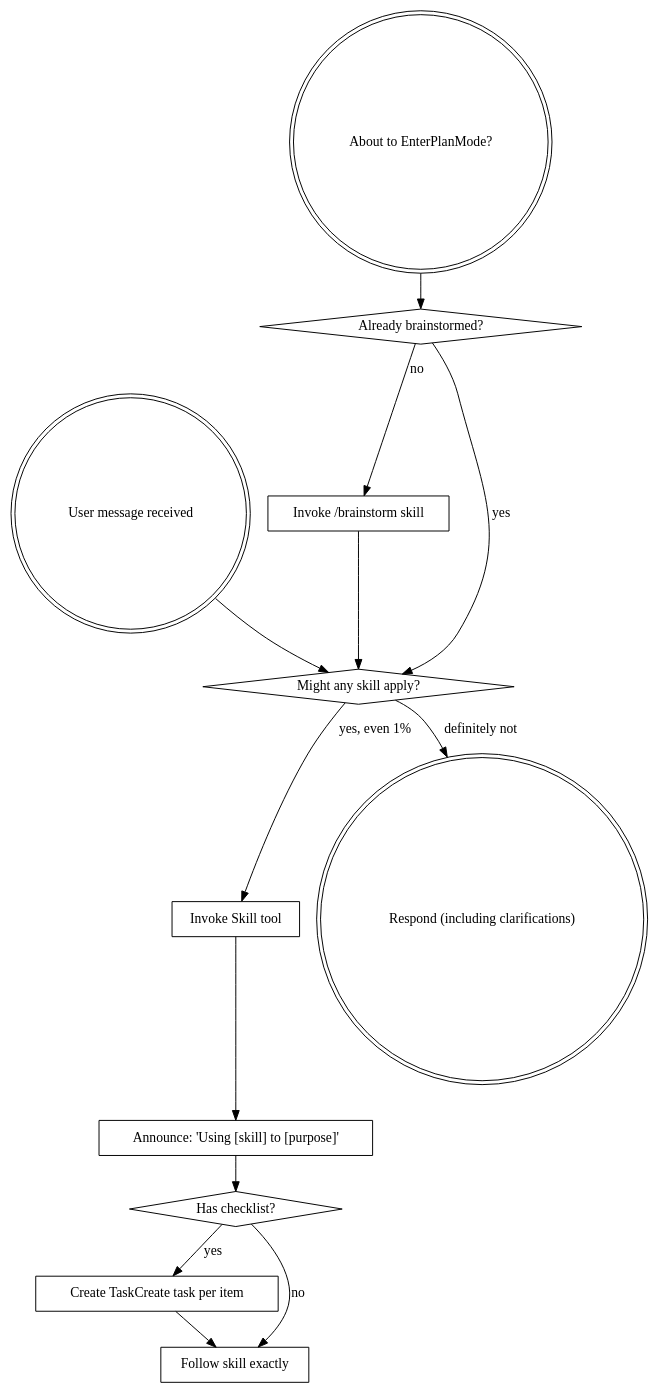
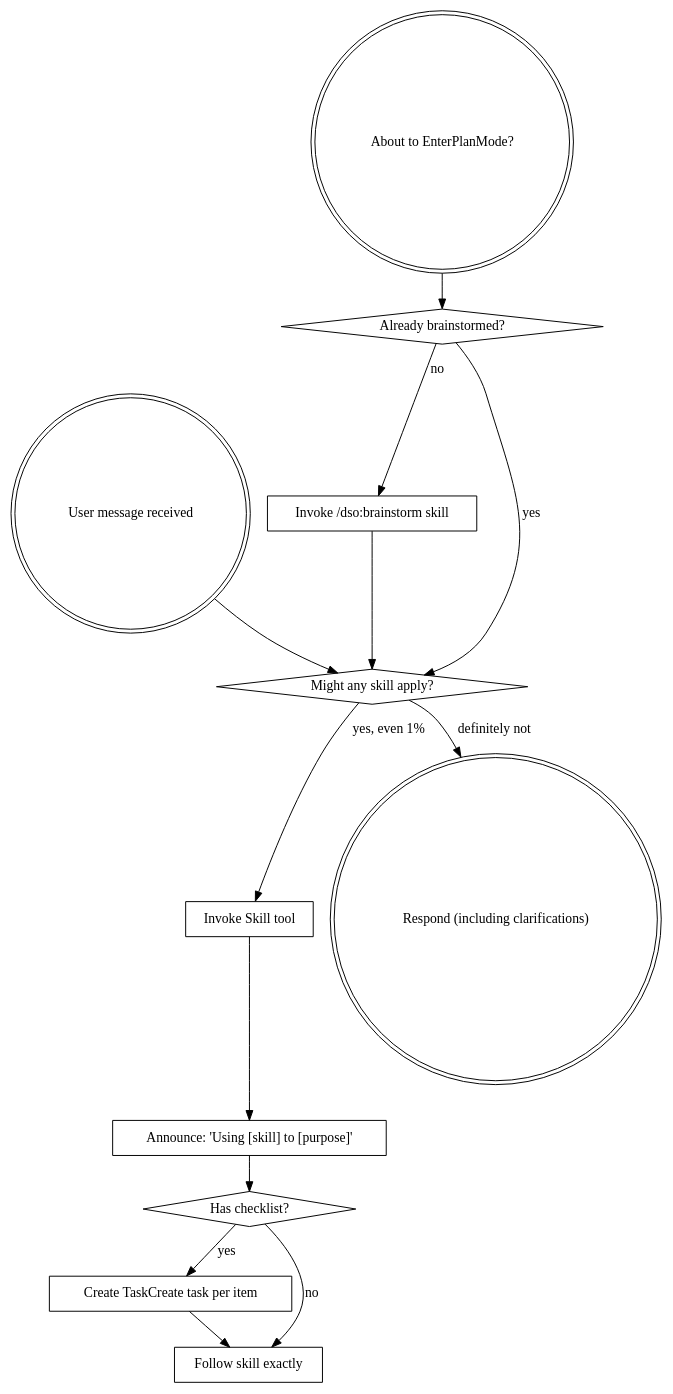
One commit to navapbc/digital-service-orchestra changed the diagram in skills/using-lockpick/SKILL.md. Above: the diagram before and after it, drawn with Graphviz. The commit also changed other lines of this file and 497 other files, not shown here.

````diff
--- a/skills/using-lockpick/SKILL.md
+++ b/skills/using-lockpick/SKILL.md
@@ -22,29 +22,29 @@
 ```dot
 digraph skill_flow {
     "User message received" [shape=doublecircle];
     "About to EnterPlanMode?" [shape=doublecircle];
     "Already brainstormed?" [shape=diamond];
-    "Invoke /brainstorm skill" [shape=box];
+    "Invoke /dso:brainstorm skill" [shape=box];
     "Might any skill apply?" [shape=diamond];
     "Invoke Skill tool" [shape=box];
     "Announce: 'Using [skill] to [purpose]'" [shape=box];
     "Has checklist?" [shape=diamond];
     "Create TaskCreate task per item" [shape=box];
     "Follow skill exactly" [shape=box];
     "Respond (including clarifications)" [shape=doublecircle];
 
     "About to EnterPlanMode?" -> "Already brainstormed?";
-    "Already brainstormed?" -> "Invoke /brainstorm skill" [label="no"];
+    "Already brainstormed?" -> "Invoke /dso:brainstorm skill" [label="no"];
     "Already brainstormed?" -> "Might any skill apply?" [label="yes"];
-    "Invoke /brainstorm skill" -> "Might any skill apply?";
+    "Invoke /dso:brainstorm skill" -> "Might any skill apply?";
 
     "User message received" -> "Might any skill apply?";
     "Might any skill apply?" -> "Invoke Skill tool" [label="yes, even 1%"];
     "Might any skill apply?" -> "Respond (including clarifications)" [label="definitely not"];
     "Invoke Skill tool" -> "Announce: 'Using [skill] to [purpose]'";
     "Announce: 'Using [skill] to [purpose]'" -> "Has checklist?";
     "Has checklist?" -> "Create TaskCreate task per item" [label="yes"];
     "Has checklist?" -> "Follow skill exactly" [label="no"];
     "Create TaskCreate task per item" -> "Follow skill exactly";
 }
 ```
````
